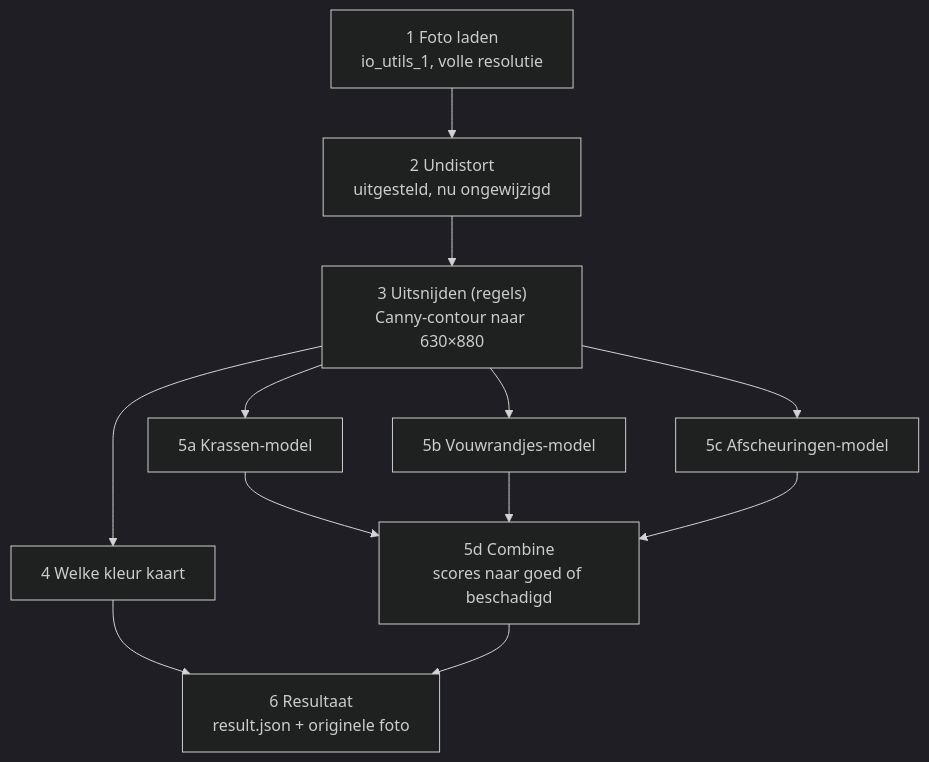
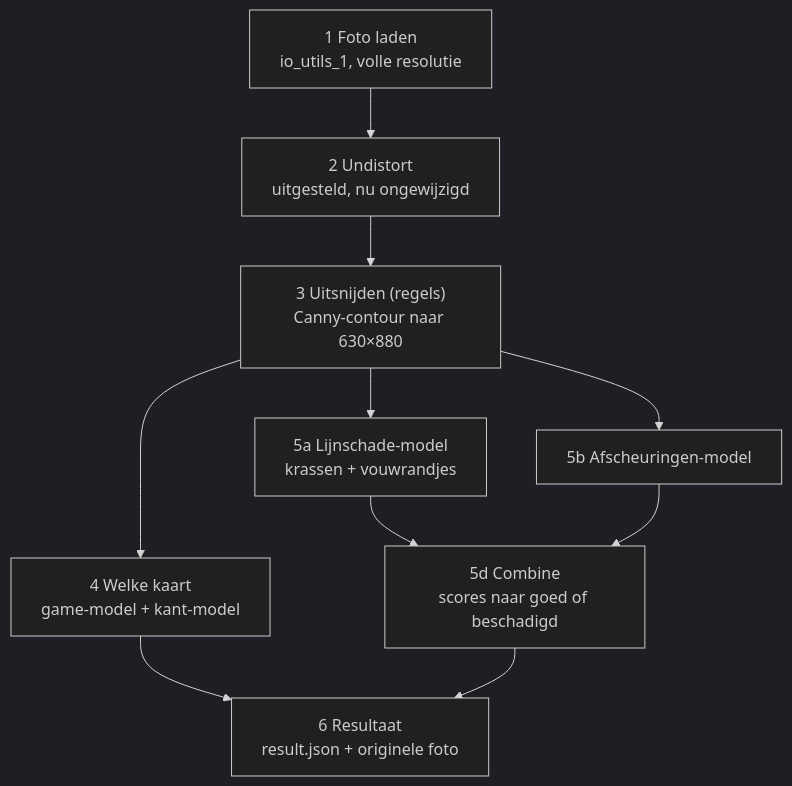
Before and after one commit to liaurens/tcg-grading-ai: the diagram in docs/pipeline.md, drawn with Mermaid (dark theme). The commit also changed other lines of this file and 23 other files, not shown here.

````diff
--- a/docs/pipeline.md
+++ b/docs/pipeline.md
@@ -9,14 +9,12 @@
 ```mermaid
 flowchart TD
     S1["1 Foto laden<br/>io_utils_1, volle resolutie"] --> S2["2 Undistort<br/>uitgesteld, nu ongewijzigd"]
     S2 --> S3["3 Uitsnijden (regels)<br/>Canny-contour naar 630×880"]
-    S3 --> S4["4 Welke kleur kaart"]
-    S3 --> S5a["5a Krassen-model"]
-    S3 --> S5b["5b Vouwrandjes-model"]
-    S3 --> S5c["5c Afscheuringen-model"]
+    S3 --> S4["4 Welke kaart<br/>game-model + kant-model"]
+    S3 --> S5a["5a Lijnschade-model<br/>krassen + vouwrandjes"]
+    S3 --> S5b["5b Afscheuringen-model"]
     S5a --> S5d["5d Combine<br/>scores naar goed of beschadigd"]
     S5b --> S5d
-    S5c --> S5d
     S4 --> S6["6 Resultaat<br/>result.json + originele foto"]
     S5d --> S6
 ```
````
